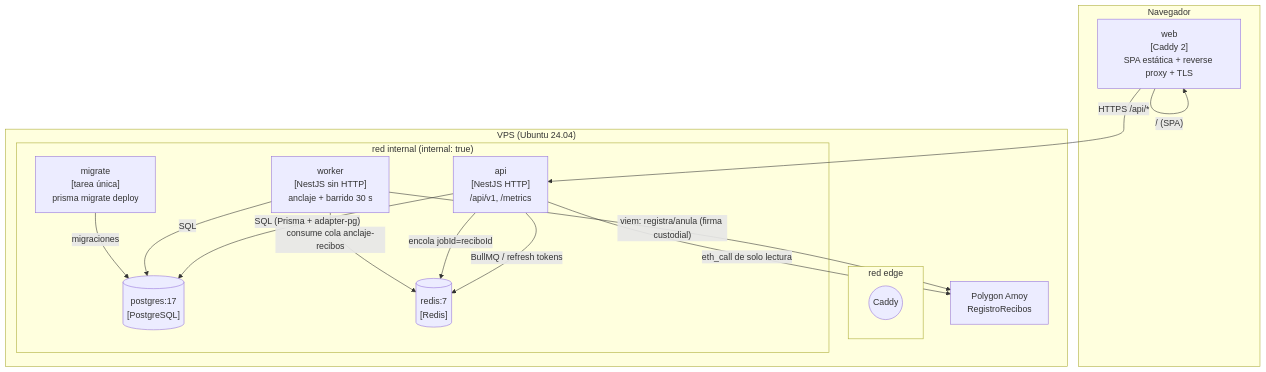
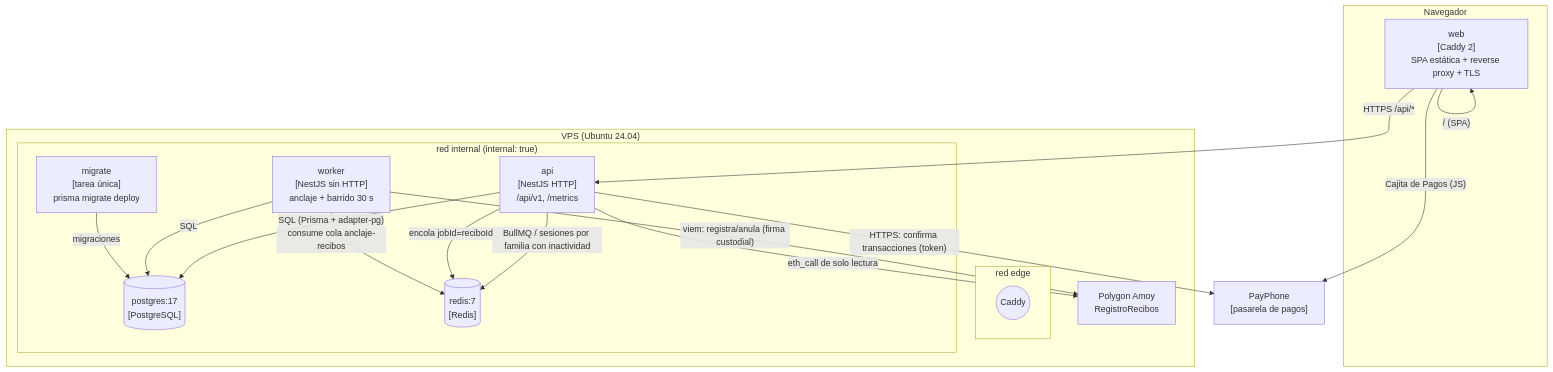
One commit to JohannCaizaguano/OasisSegurosAdministrativo changed the diagram in docs/arquitectura/c4-contenedores.md. Above: the diagram before and after it, drawn with Mermaid. The commit also changed other lines of this file and 106 other files, not shown here.

First line of the commit message:
feat(repo): completar el sprint 3 con acceso por rol, sesiones y cambio de contraseña

````diff
--- a/docs/arquitectura/c4-contenedores.md
+++ b/docs/arquitectura/c4-contenedores.md
@@ -3,31 +3,34 @@
 ```mermaid
 flowchart TB
   subgraph usuario["Navegador"]
     spa["web<br/>[Caddy 2]<br/>SPA estática + reverse proxy + TLS"]
   end
 
   subgraph vps["VPS (Ubuntu 24.04)"]
     subgraph edge["red edge"]
       proxy(("Caddy"))
     end
     subgraph interna["red internal (internal: true)"]
       api["api<br/>[NestJS HTTP]<br/>/api/v1, /metrics"]
       worker["worker<br/>[NestJS sin HTTP]<br/>anclaje + barrido 30 s"]
       migrate["migrate<br/>[tarea única]<br/>prisma migrate deploy"]
       pg[("postgres:17<br/>[PostgreSQL]")]
       redis[("redis:7<br/>[Redis]")]
     end
     chain["Polygon Amoy<br/>RegistroRecibos"]
   end
+  payphone["PayPhone<br/>[pasarela de pagos]"]
 
   spa -- "HTTPS /api/*" --> api
   spa -- "/ (SPA)" --> spa
   api -- "SQL (Prisma + adapter-pg)" --> pg
-  api -- "BullMQ / refresh tokens" --> redis
+  api -- "BullMQ / sesiones por familia con inactividad" --> redis
   api -- "encola jobId=reciboId" --> redis
   worker -- "consume cola anclaje-recibos" --> redis
   worker -- "SQL" --> pg
   worker -- "viem: registra/anula (firma custodial)" --> chain
   api -- "eth_call de solo lectura" --> chain
+  api -- "HTTPS: confirma transacciones (token)" --> payphone
+  spa -- "Cajita de Pagos (JS)" --> payphone
   migrate -- "migraciones" --> pg
 ```
````
